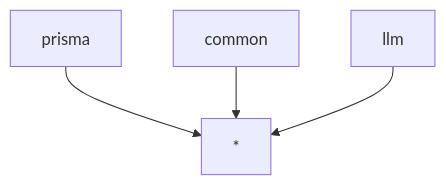
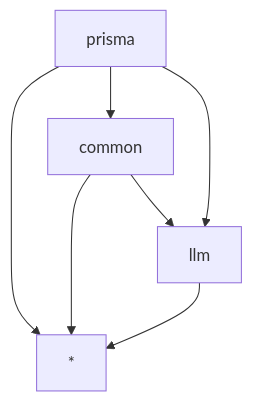
Before and after one commit to cs-magic/codebase-ts: the first of 4 diagrams in README.md, drawn with Mermaid. The commit also changed 1 other file, not shown here.

Commit message:
reconstructed 0.5.0

````diff
--- a/README.md
+++ b/README.md
@@ -7,6 +7,9 @@
 ```mermaid
 graph TD;
     prisma --> *;
+    prisma --> common;
+    prisma --> llm;
     common --> *;
+    common --> llm;
     llm --> *;
 ```
````
